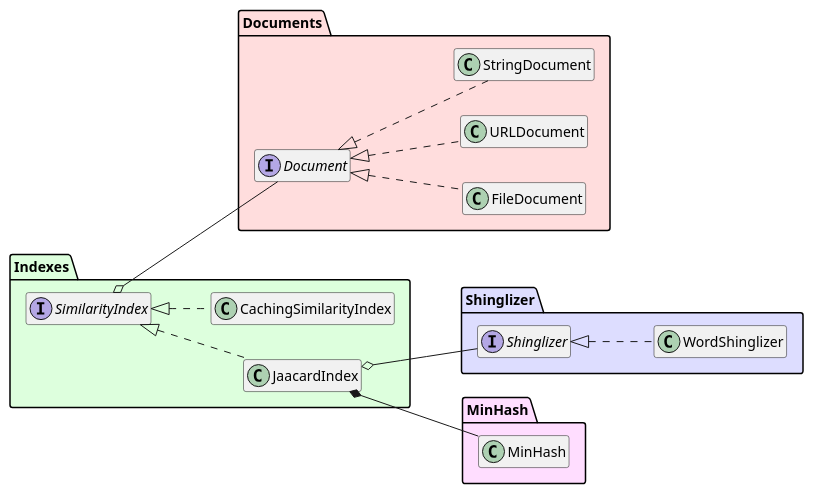
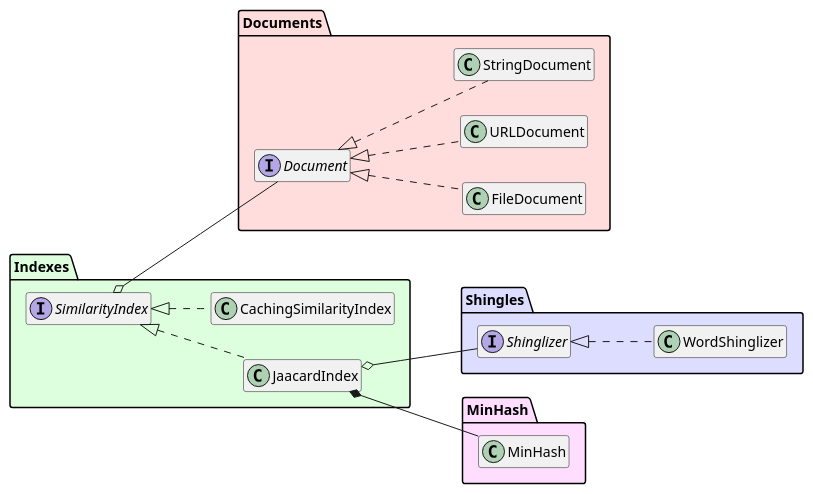
One commit to chatton/DocumentSimilarityAPI changed the diagram in src/UML.puml. Above: the diagram before and after it, drawn with PlantUML. The commit also changed 18 other files, not shown here.

```diff
--- a/src/UML.puml
+++ b/src/UML.puml
@@ -1,46 +1,46 @@
 @startuml
 left to right direction
 
 package "Documents" #FFDDDD {
 
     interface Document
 
     class FileDocument
     class URLDocument
     class StringDocument
 
     Document <|.. FileDocument
     Document <|.. URLDocument
     Document <|.. StringDocument
 
 }
 
 package "Indexes" #DDFFDD {
     interface SimilarityIndex
 
     SimilarityIndex o-- Document
 
     class JaacardIndex
     class CachingSimilarityIndex
 
     SimilarityIndex <|.. JaacardIndex
     SimilarityIndex <|.. CachingSimilarityIndex
 }
 
-package "Shinglizer" #DDDDFF {
+package "Shingles" #DDDDFF {
 
     JaacardIndex o-- Shinglizer
 
     interface Shinglizer
 
     class WordShinglizer
     Shinglizer <|.. WordShinglizer
 }
 
 package "MinHash" #FFDDFF {
     class MinHash
     JaacardIndex *-- MinHash
 }
 
 hide members
 @enduml
```
